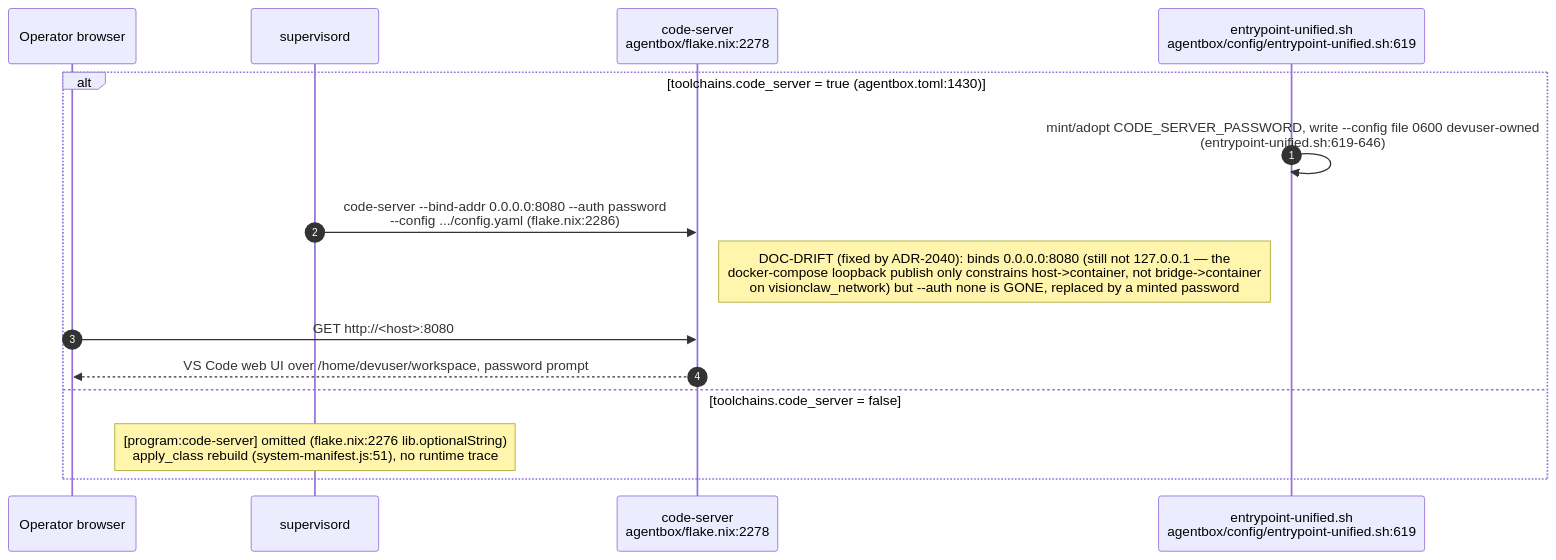
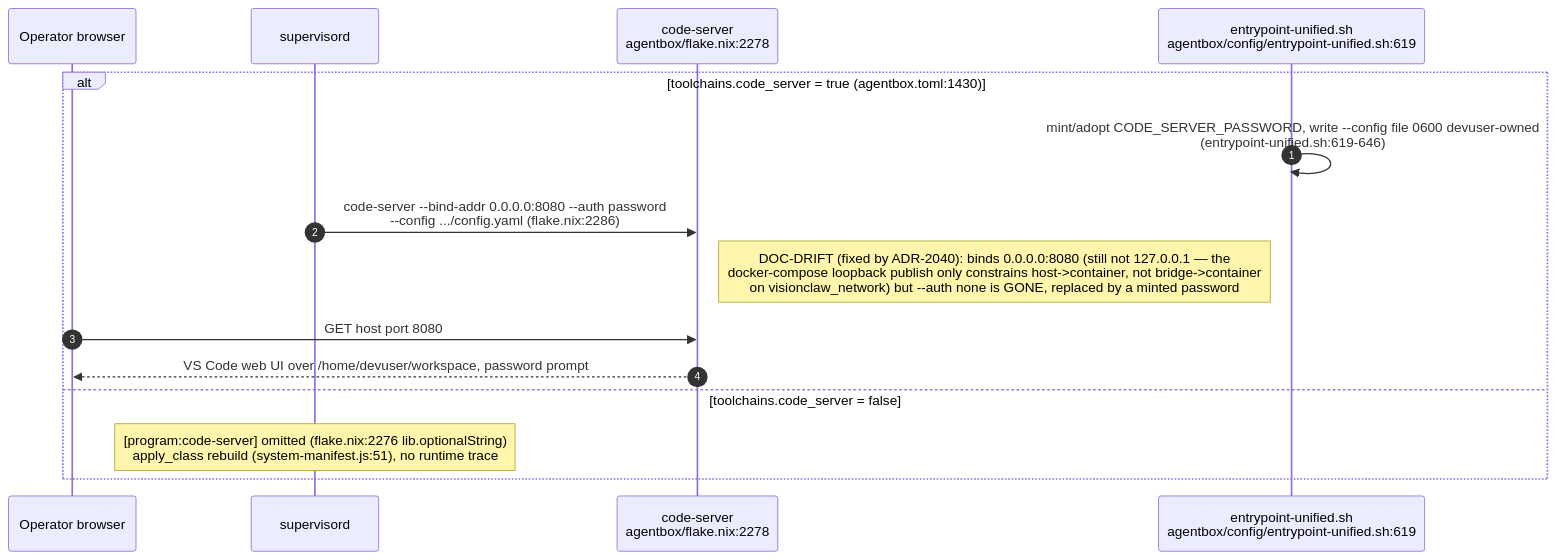
The sixth of 13 diagrams in docs/diagrams/agentbox/27-media-gpu-capability-services.md (DreamLab-AI/VisionFlow), drawn with Mermaid before and after one commit. The commit also changed other lines of this file and 52 other files, not shown here.

First line of the commit message:
docs(diagrams): wave 3 checkpoint — bare line refs resolved, revision-pinned cite-check, VC-05/AB-01..13 re-attested

````diff
--- a/docs/diagrams/agentbox/27-media-gpu-capability-services.md
+++ b/docs/diagrams/agentbox/27-media-gpu-capability-services.md
@@ -205,18 +205,18 @@
 ```mermaid
 sequenceDiagram
     autonumber
     participant Op as Operator browser
     participant Sup as supervisord
     participant CS as code-server<br/>agentbox/flake.nix:2278
     participant Entry as entrypoint-unified.sh<br/>agentbox/config/entrypoint-unified.sh:619
 
     alt toolchains.code_server = true (agentbox.toml:1430)
         Entry->>Entry: mint/adopt CODE_SERVER_PASSWORD, write --config file 0600 devuser-owned<br/>(entrypoint-unified.sh:619-646)
         Sup->>CS: code-server --bind-addr 0.0.0.0:8080 --auth password<br/>--config .../config.yaml (flake.nix:2286)
         Note right of CS: DOC-DRIFT (fixed by ADR-2040): binds 0.0.0.0:8080 (still not 127.0.0.1 — the<br/>docker-compose loopback publish only constrains host->container, not bridge->container<br/>on visionclaw_network) but --auth none is GONE, replaced by a minted password
-        Op->>CS: GET http://<host>:8080
+        Op->>CS: GET host port 8080
         CS-->>Op: VS Code web UI over /home/devuser/workspace, password prompt
     else toolchains.code_server = false
         Note over Sup: [program:code-server] omitted (flake.nix:2276 lib.optionalString)<br/>apply_class rebuild (system-manifest.js:51), no runtime trace
     end
 ```
````
